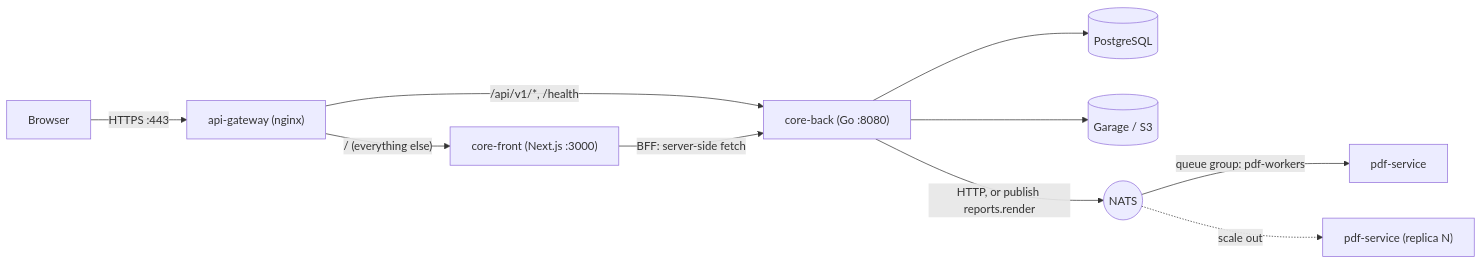
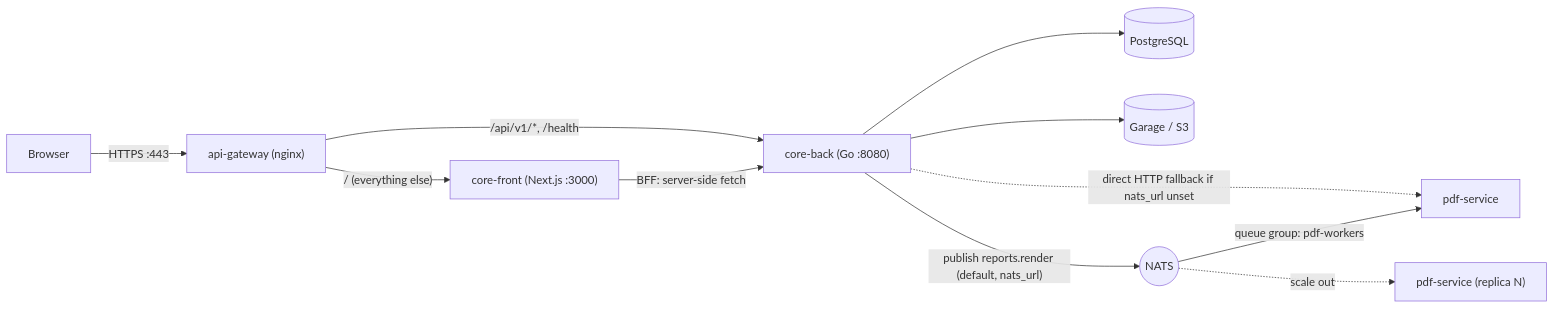
Before and after one commit to noiia/EERP: the diagram in CLAUDE.md, drawn with Mermaid. The commit also changed other lines of this file and 3 other files, not shown here.

First line of the commit message:
feat(infra): default the Docker Compose deployment to NATS for pdf-service

````diff
--- a/CLAUDE.md
+++ b/CLAUDE.md
@@ -145,12 +145,13 @@
 ```mermaid
 flowchart LR
     Browser -->|"HTTPS :443"| Gateway["api-gateway (nginx)"]
     Gateway -->|"/ (everything else)"| Front["core-front (Next.js :3000)"]
     Gateway -->|"/api/v1/*, /health"| Back["core-back (Go :8080)"]
     Front -->|"BFF: server-side fetch"| Back
     Back --> DB[("PostgreSQL")]
     Back --> Garage[("Garage / S3")]
-    Back -->|"HTTP, or publish reports.render"| NATS(("NATS"))
+    Back -->|"publish reports.render (default, nats_url)"| NATS(("NATS"))
+    Back -.->|"direct HTTP fallback if nats_url unset"| PDF1
     NATS -->|"queue group: pdf-workers"| PDF1["pdf-service"]
     NATS -.->|"scale out"| PDF2["pdf-service (replica N)"]
 ```
````
